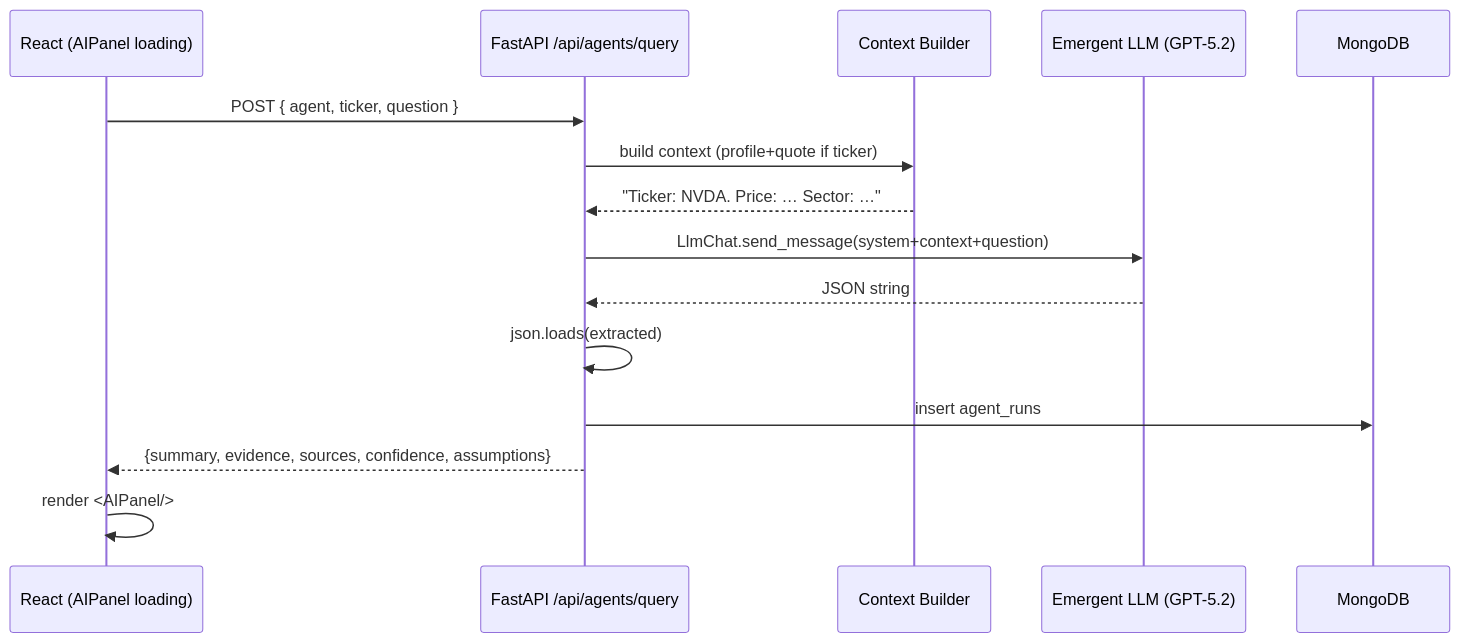
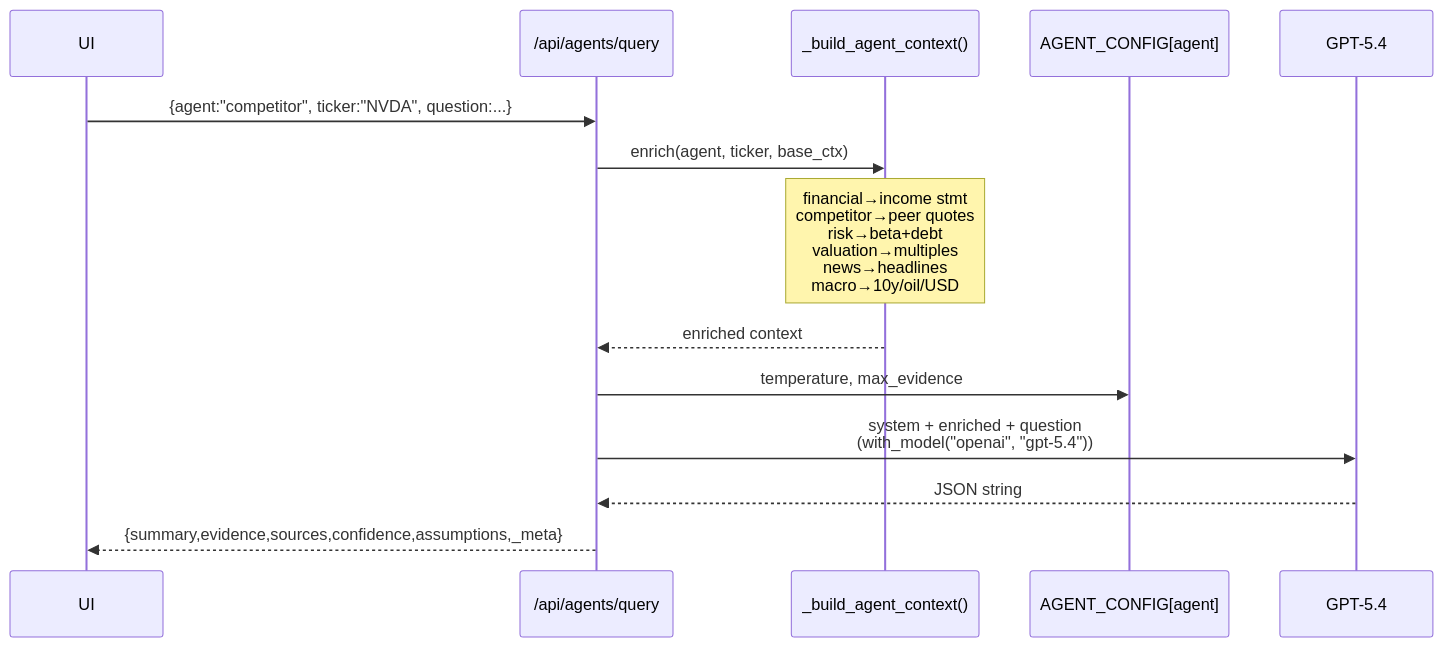
One commit to Asethi984/IntelligenceOS changed the third of 8 diagrams in TECHNICAL_GUIDE.md. Above: the diagram before and after it, drawn with Mermaid. The commit also changed other lines of this file and 1 other file, not shown here.

````diff
--- a/TECHNICAL_GUIDE.md
+++ b/TECHNICAL_GUIDE.md
@@ -355,18 +402,17 @@
 ```mermaid
 sequenceDiagram
-  participant UI as React (AIPanel loading)
-  participant API as FastAPI /api/agents/query
-  participant CTX as Context Builder
-  participant LLM as Emergent LLM (GPT-5.2)
-  participant DB as MongoDB
+  participant UI
+  participant API as /api/agents/query
+  participant CTX as _build_agent_context()
+  participant CFG as AGENT_CONFIG[agent]
+  participant LLM as GPT-5.4
 
-  UI->>API: POST { agent, ticker, question }
-  API->>CTX: build context (profile+quote if ticker)
-  CTX-->>API: "Ticker: NVDA. Price: … Sector: …"
-  API->>LLM: LlmChat.send_message(system+context+question)
+  UI->>API: {agent:"competitor", ticker:"NVDA", question:...}
+  API->>CTX: enrich(agent, ticker, base_ctx)
+  Note over CTX: financial→income stmt<br/>competitor→peer quotes<br/>risk→beta+debt<br/>valuation→multiples<br/>news→headlines<br/>macro→10y/oil/USD
+  CTX-->>API: enriched context
+  API->>CFG: temperature, max_evidence
+  API->>LLM: system + enriched + question<br/>(with_model("openai", "gpt-5.4"))
   LLM-->>API: JSON string
-  API->>API: json.loads(extracted)
-  API->>DB: insert agent_runs
-  API-->>UI: {summary, evidence, sources, confidence, assumptions}
-  UI->>UI: render <AIPanel/>
+  API-->>UI: {summary,evidence,sources,confidence,assumptions,_meta}
 ```
````
